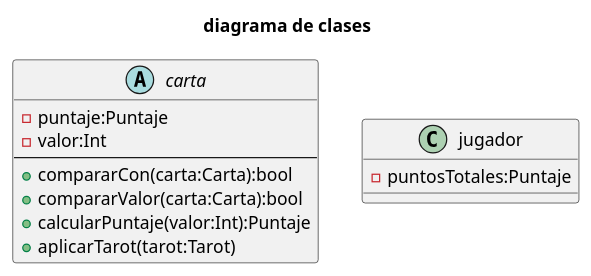
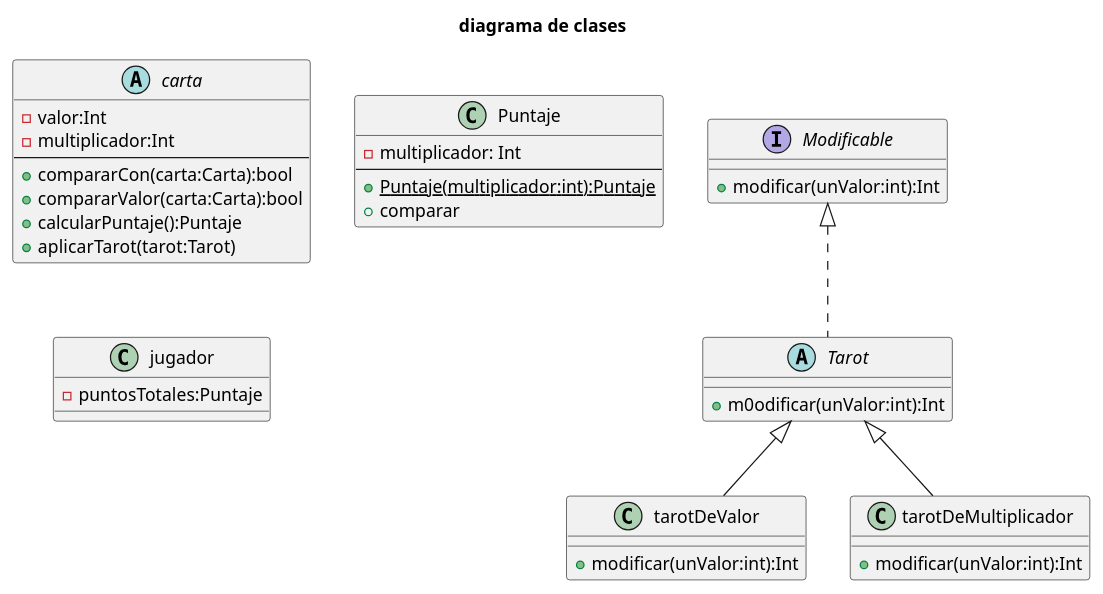
The diagram in Valen/lectura obligatoria/diagrama de clases.puml (vceniceros/algo-3-cuatri-2), drawn with PlantUML before and after one commit. The commit also changed 1 other file, not shown here.

```diff
--- a/Valen/lectura obligatoria/diagrama de clases.puml
+++ b/Valen/lectura obligatoria/diagrama de clases.puml
@@ -1,20 +1,44 @@
 @startuml diagrama de balatro
 
 title diagrama de clases
 
 abstract carta{
-    - puntaje:Puntaje
     - valor:Int
+    - multiplicador:Int 
     ---
     + compararCon(carta:Carta):bool
     + compararValor(carta:Carta):bool
-    + calcularPuntaje(valor:Int):Puntaje
+    + calcularPuntaje():Puntaje
     + aplicarTarot(tarot:Tarot)
+}
+
+class Puntaje{
+    - multiplicador: Int
+    ---
+    +{static} Puntaje(multiplicador:int):Puntaje
+    +comparar
+}
+
+
+abstract Tarot implements Modificable{
+    + m0odificar(unValor:int):Int
+}
+
+class tarotDeValor extends Tarot{
+    + modificar(unValor:int):Int
+}
+
+class tarotDeMultiplicador extends Tarot{
+    + modificar(unValor:int):Int
+}
+
+interface Modificable{
+    + modificar(unValor:int):Int
 }
 
 class jugador{
     - puntosTotales:Puntaje
-
+    
 }
 
 @enduml
```
